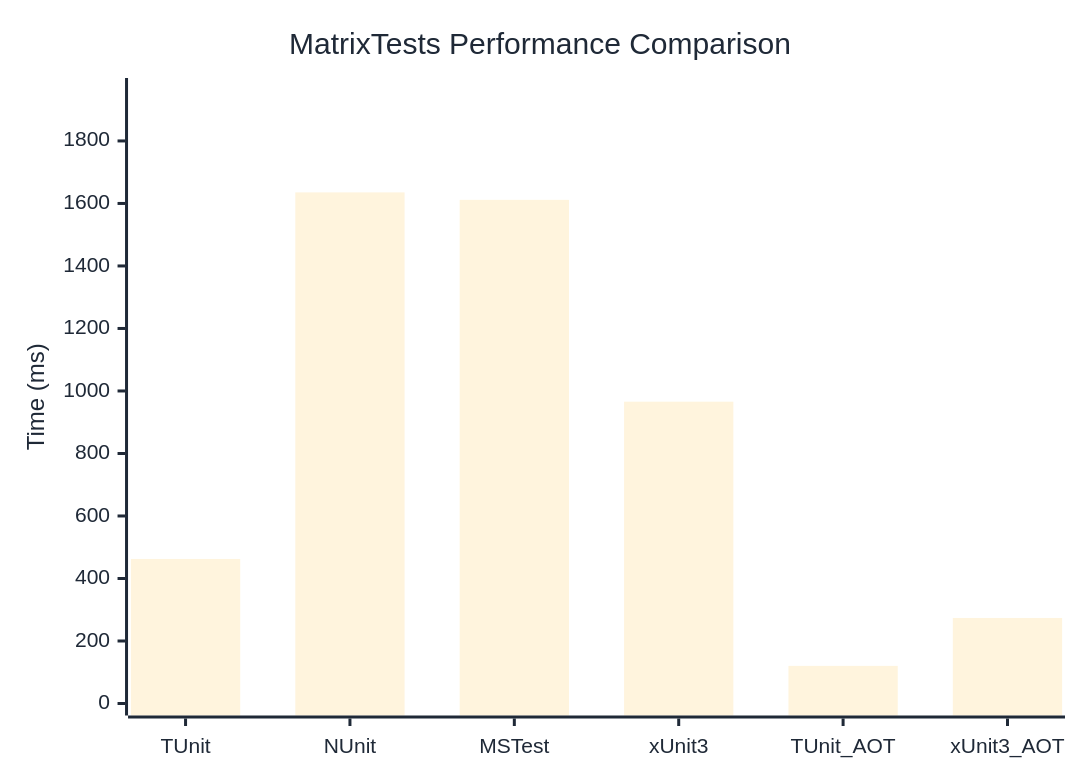
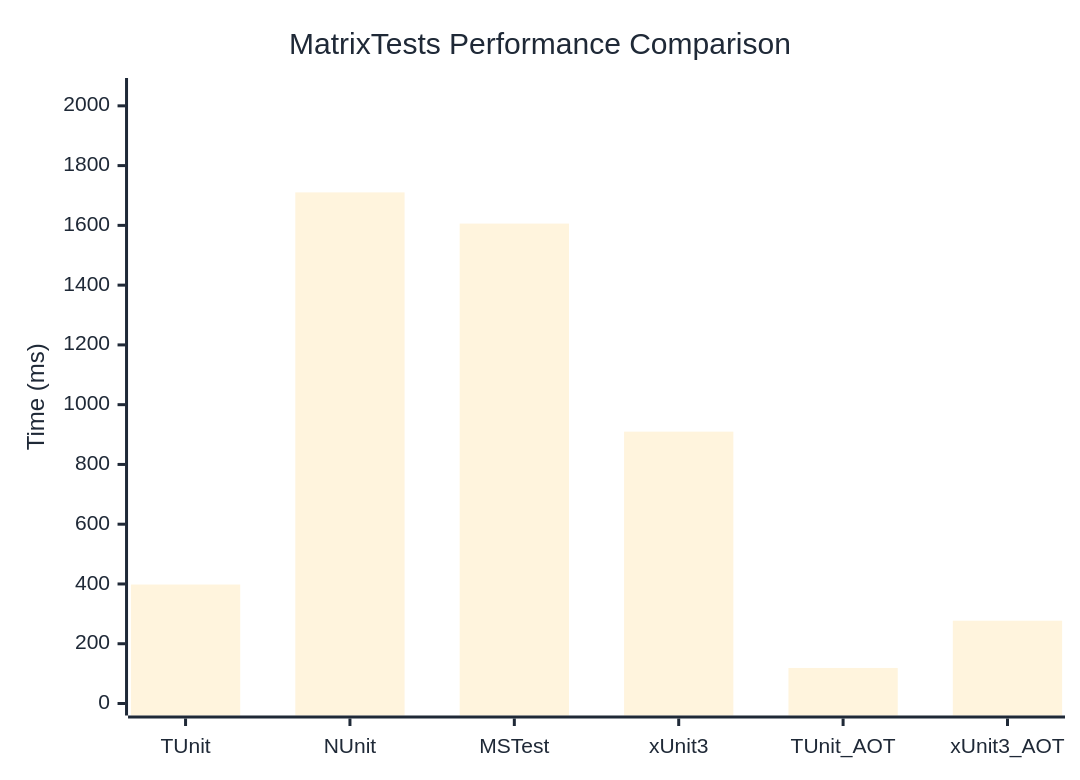
The diagram in docs/docs/benchmarks/engine/MatrixTests.md (thomhurst/TUnit), drawn with Mermaid before and after one commit. The commit also changed other lines of this file and 18 other files, not shown here.

````diff
--- a/docs/docs/benchmarks/engine/MatrixTests.md
+++ b/docs/docs/benchmarks/engine/MatrixTests.md
@@ -30,37 +30,37 @@
 ```mermaid
 %%{init: {
   'theme':'base',
   'themeVariables': {
     'primaryColor': '#2563eb',
     'primaryTextColor': '#1f2937',
     'primaryBorderColor': '#1e40af',
     'lineColor': '#6b7280',
     'secondaryColor': '#7c3aed',
     'tertiaryColor': '#dc2626',
     'background': '#ffffff',
     'mainBkg': '#2563eb',
     'secondBkg': '#7c3aed',
     'tertiaryBkg': '#dc2626',
     'clusterBkg': '#f3f4f6',
     'edgeLabelBackground': '#ffffff',
     'tertiaryTextColor': '#1f2937',
     'pie1': '#2563eb',
     'pie2': '#7c3aed',
     'pie3': '#dc2626',
     'pie4': '#f59e0b',
     'pie5': '#10b981',
     'pie6': '#06b6d4',
     'pie7': '#ec4899',
     'pie8': '#6366f1',
     'pie9': '#84cc16',
     'pie10': '#f97316',
     'pie11': '#14b8a6',
     'pie12': '#a855f7'
   }
 }}%%
 xychart-beta
   title "MatrixTests Performance Comparison"
   x-axis ["TUnit", "NUnit", "MSTest", "xUnit3", "TUnit_AOT", "xUnit3_AOT"]
-  y-axis "Time (ms)" 0 --> 1963
-  bar [462.5, 1635.4, 1611.5, 965.7, 120.4, 273.7]
+  y-axis "Time (ms)" 0 --> 2053
+  bar [398.1, 1710.4, 1606, 909.7, 118.9, 277.1]
 ```
````
